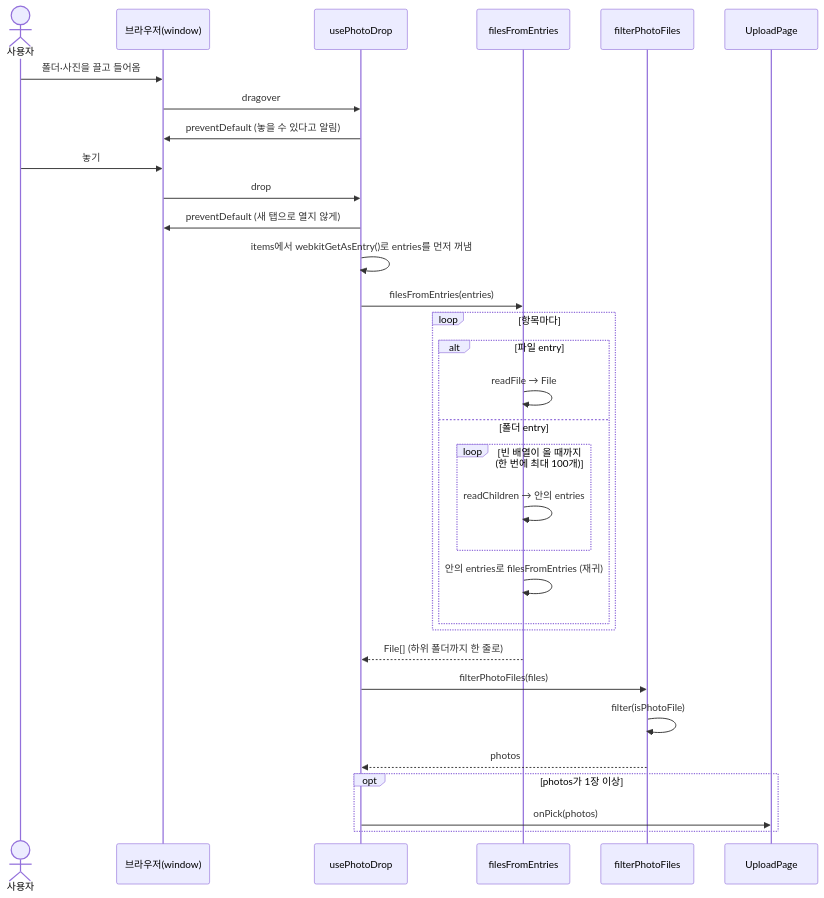
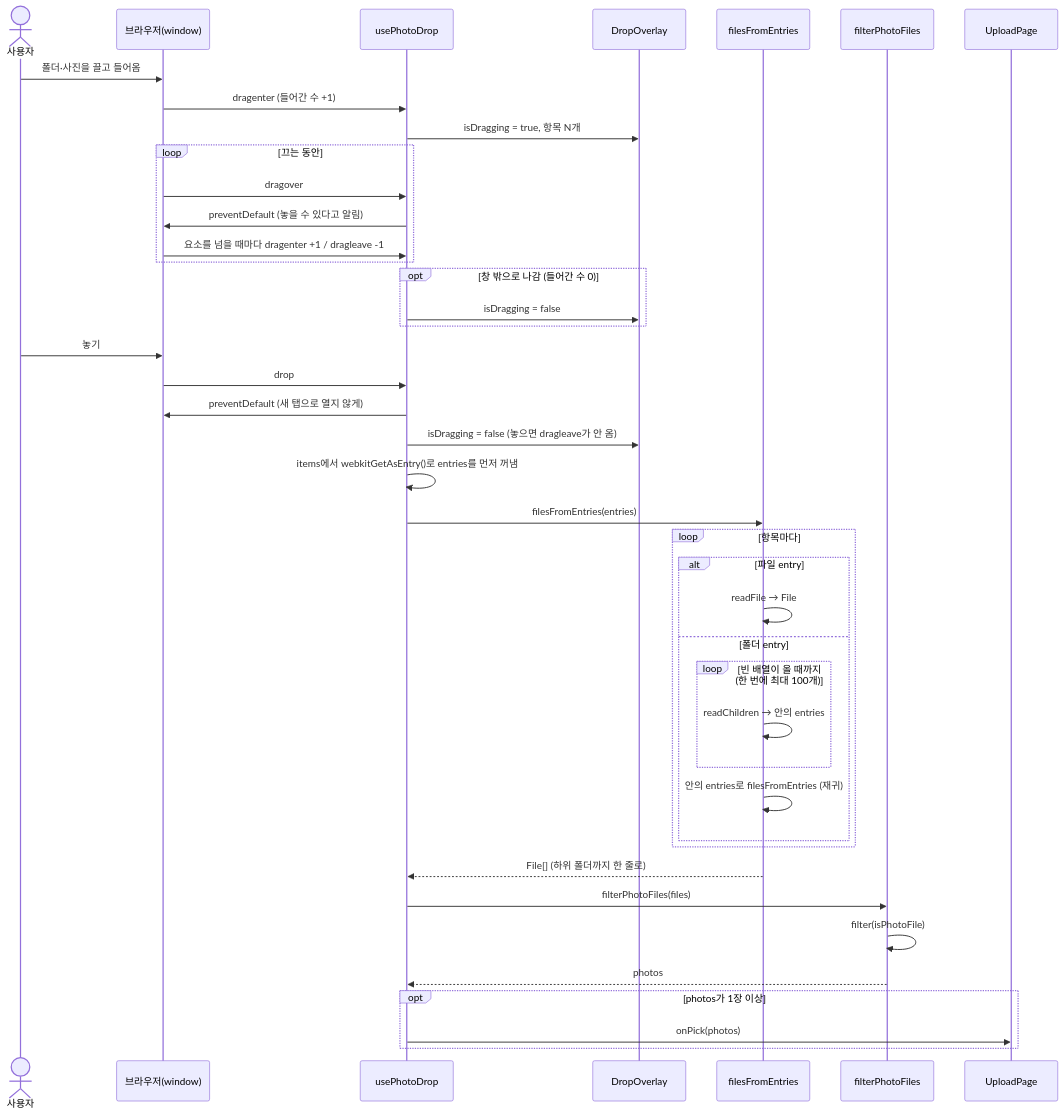
The first of 2 diagrams in docs/upload/DROP_FLOW.md (2026-WebFW-1/danyeo-on), drawn with Mermaid before and after one commit. The commit also changed other lines of this file, not shown here.

Commit message:
docs: 사진 고르기 흐름에 끌어오는 중 덮개 추가

````diff
--- a/docs/upload/DROP_FLOW.md
+++ b/docs/upload/DROP_FLOW.md
@@ -7,38 +7,48 @@
 ```mermaid
 sequenceDiagram
     actor 사용자
     participant 브라우저 as 브라우저(window)
     participant 훅 as usePhotoDrop
+    participant 덮개 as DropOverlay
     participant 펴기 as filesFromEntries
     participant 거르기 as filterPhotoFiles
     participant 페이지 as UploadPage
 
     사용자->>브라우저: 폴더·사진을 끌고 들어옴
-    브라우저->>훅: dragover
-    훅->>브라우저: preventDefault (놓을 수 있다고 알림)
+    브라우저->>훅: dragenter (들어간 수 +1)
+    훅->>덮개: isDragging = true, 항목 N개
+    loop 끄는 동안
+        브라우저->>훅: dragover
+        훅->>브라우저: preventDefault (놓을 수 있다고 알림)
+        브라우저->>훅: 요소를 넘을 때마다 dragenter +1 / dragleave -1
+    end
+    opt 창 밖으로 나감 (들어간 수 0)
+        훅->>덮개: isDragging = false
+    end
     사용자->>브라우저: 놓기
     브라우저->>훅: drop
     훅->>브라우저: preventDefault (새 탭으로 열지 않게)
+    훅->>덮개: isDragging = false (놓으면 dragleave가 안 옴)
     훅->>훅: items에서 webkitGetAsEntry()로 entries를 먼저 꺼냄
 
     훅->>펴기: filesFromEntries(entries)
     loop 항목마다
         alt 파일 entry
             펴기->>펴기: readFile → File
         else 폴더 entry
             loop 빈 배열이 올 때까지 (한 번에 최대 100개)
                 펴기->>펴기: readChildren → 안의 entries
             end
             펴기->>펴기: 안의 entries로 filesFromEntries (재귀)
         end
     end
     펴기-->>훅: File[] (하위 폴더까지 한 줄로)
 
     훅->>거르기: filterPhotoFiles(files)
     거르기->>거르기: filter(isPhotoFile)
     거르기-->>훅: photos
 
     opt photos가 1장 이상
         훅->>페이지: onPick(photos)
     end
 ```
````
